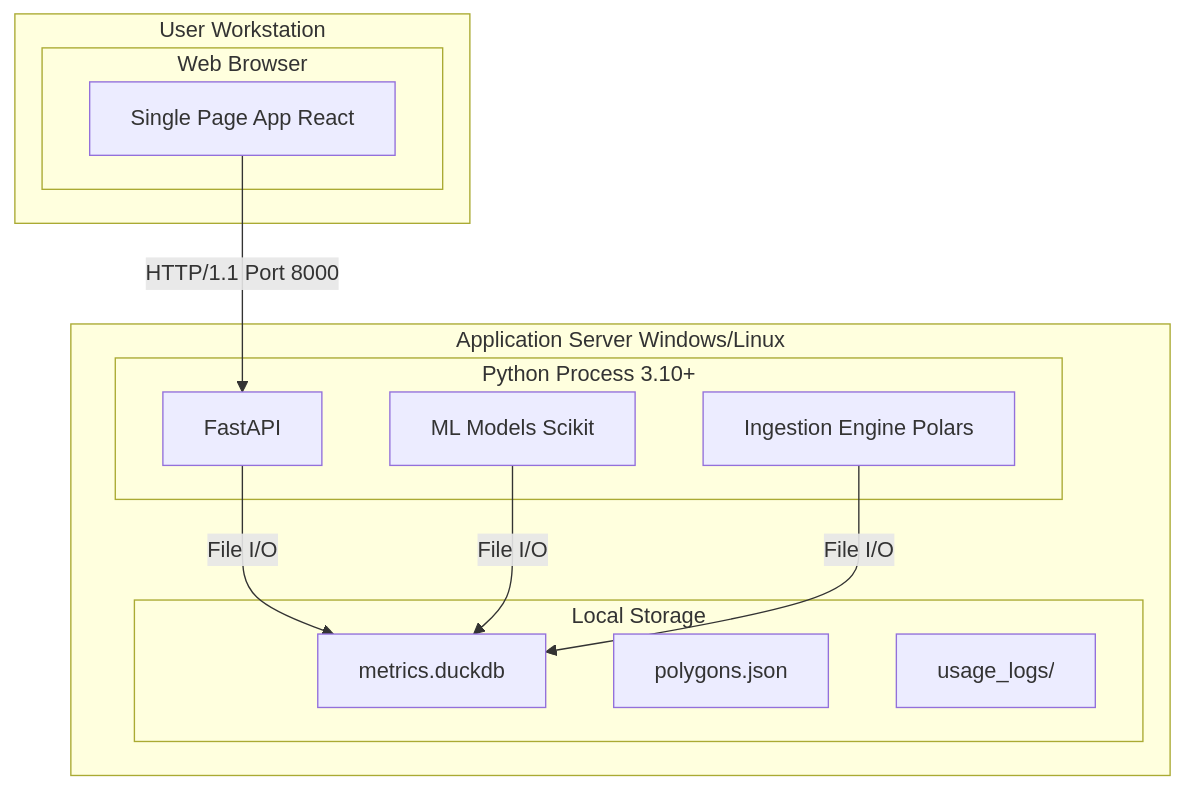
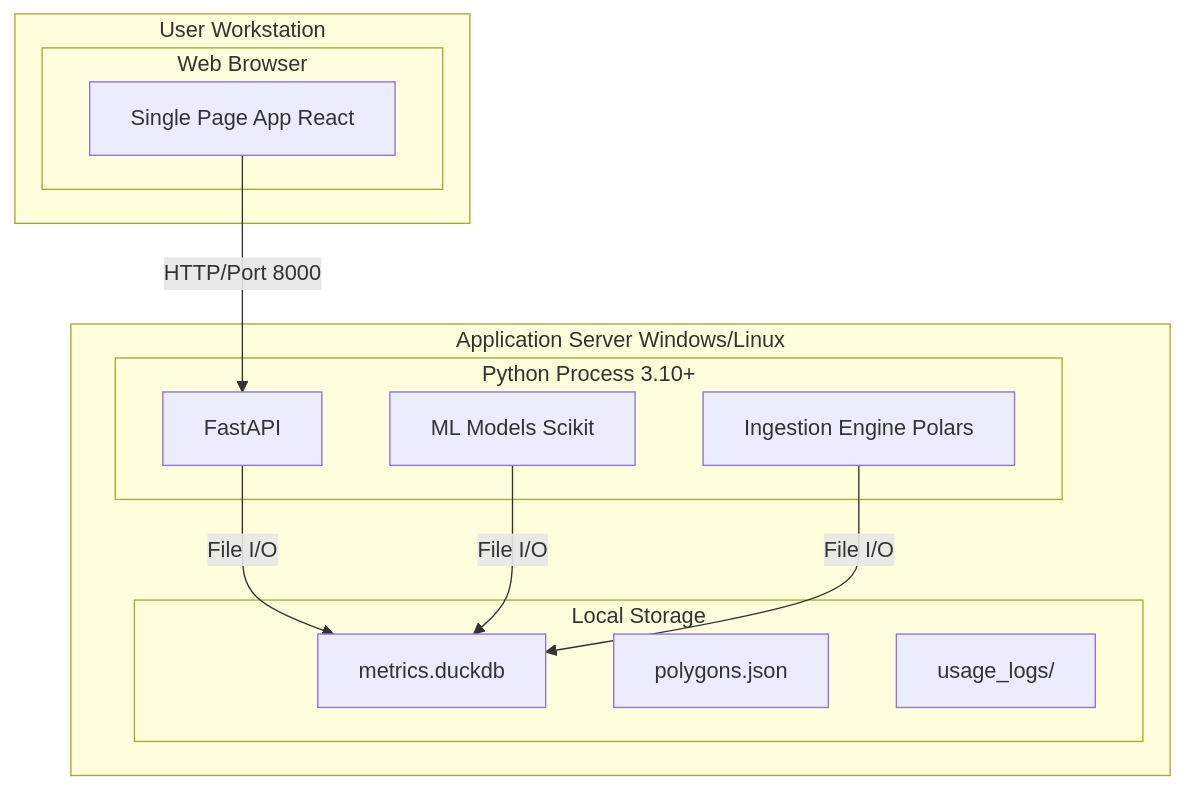
One commit to ivmafo/tsis_umb_data_science changed the eighth of 8 diagrams in docs/project_blueprints.md. Above: the diagram before and after it, drawn with Mermaid. The commit also changed other lines of this file, not shown here.

Commit message:
docs: use quoted labels in mermaid diagrams for robustness

````diff
--- a/docs/project_blueprints.md
+++ b/docs/project_blueprints.md
@@ -370,27 +371,27 @@
 ```mermaid
 graph TD
-    subgraph User_Workstation [User Workstation]
-        subgraph Web_Browser [Web Browser]
-            SPA[Single Page App React]
+    subgraph User_Workstation ["User Workstation"]
+        subgraph Web_Browser ["Web Browser"]
+            SPA["Single Page App React"]
         end
     end
 
-    subgraph App_Server [Application Server Windows/Linux]
-        subgraph Python_Process [Python Process 3.10+]
-            FAST[FastAPI]
-            ML[ML Models Scikit]
-            ING[Ingestion Engine Polars]
+    subgraph App_Server ["Application Server Windows/Linux"]
+        subgraph Python_Process ["Python Process 3.10+"]
+            FAST["FastAPI"]
+            ML["ML Models Scikit"]
+            ING["Ingestion Engine Polars"]
         end
         
-        subgraph Local_Storage [Local Storage]
-            DB_FILE[metrics.duckdb]
-            POLY_FILE[polygons.json]
-            LOGS[usage_logs/]
+        subgraph Local_Storage ["Local Storage"]
+            DB_FILE["metrics.duckdb"]
+            POLY_FILE["polygons.json"]
+            LOGS["usage_logs/"]
         end
     end
 
-    SPA -- HTTP/1.1 Port 8000 --> FAST
-    FAST -- File I/O --> DB_FILE
-    ML -- File I/O --> DB_FILE
-    ING -- File I/O --> DB_FILE
+    SPA -- "HTTP/Port 8000" --> FAST
+    FAST -- "File I/O" --> DB_FILE
+    ML -- "File I/O" --> DB_FILE
+    ING -- "File I/O" --> DB_FILE
 ```
````
